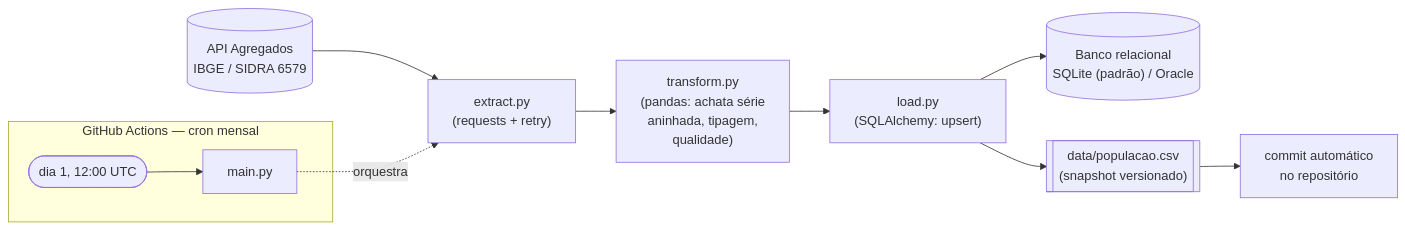
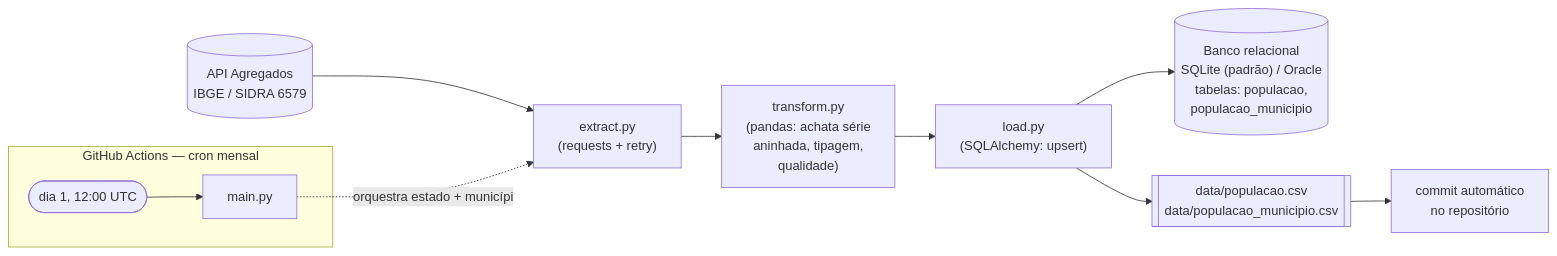
The diagram in README.md (vitordelphim4-byte/pipeline-etl-bcb), drawn with Mermaid before and after one commit. The commit also changed other lines of this file and 6 other files, not shown here.

First line of the commit message:
feat: adiciona populacao por municipio (IBGE N6)

````diff
--- a/README.md
+++ b/README.md
@@ -17,15 +20,15 @@
 ```mermaid
 flowchart LR
     API[("API Agregados<br/>IBGE / SIDRA 6579")] --> EXTRACT["extract.py<br/>(requests + retry)"]
     EXTRACT --> TRANSFORM["transform.py<br/>(pandas: achata série<br/>aninhada, tipagem,<br/>qualidade)"]
     TRANSFORM --> LOAD["load.py<br/>(SQLAlchemy: upsert)"]
-    LOAD --> DB[("Banco relacional<br/>SQLite (padrão) / Oracle")]
-    LOAD --> CSV[["data/populacao.csv<br/>(snapshot versionado)"]]
+    LOAD --> DB[("Banco relacional<br/>SQLite (padrão) / Oracle<br/>tabelas: populacao,<br/>populacao_municipio")]
+    LOAD --> CSV[["data/populacao.csv<br/>data/populacao_municipio.csv"]]
 
     subgraph GHA["GitHub Actions — cron mensal"]
         CRON(["dia 1, 12:00 UTC"]) --> MAIN["main.py"]
     end
 
-    MAIN -.orquestra.-> EXTRACT
+    MAIN -.orquestra estado + município.-> EXTRACT
     CSV --> COMMIT["commit automático<br/>no repositório"]
 ```
````
